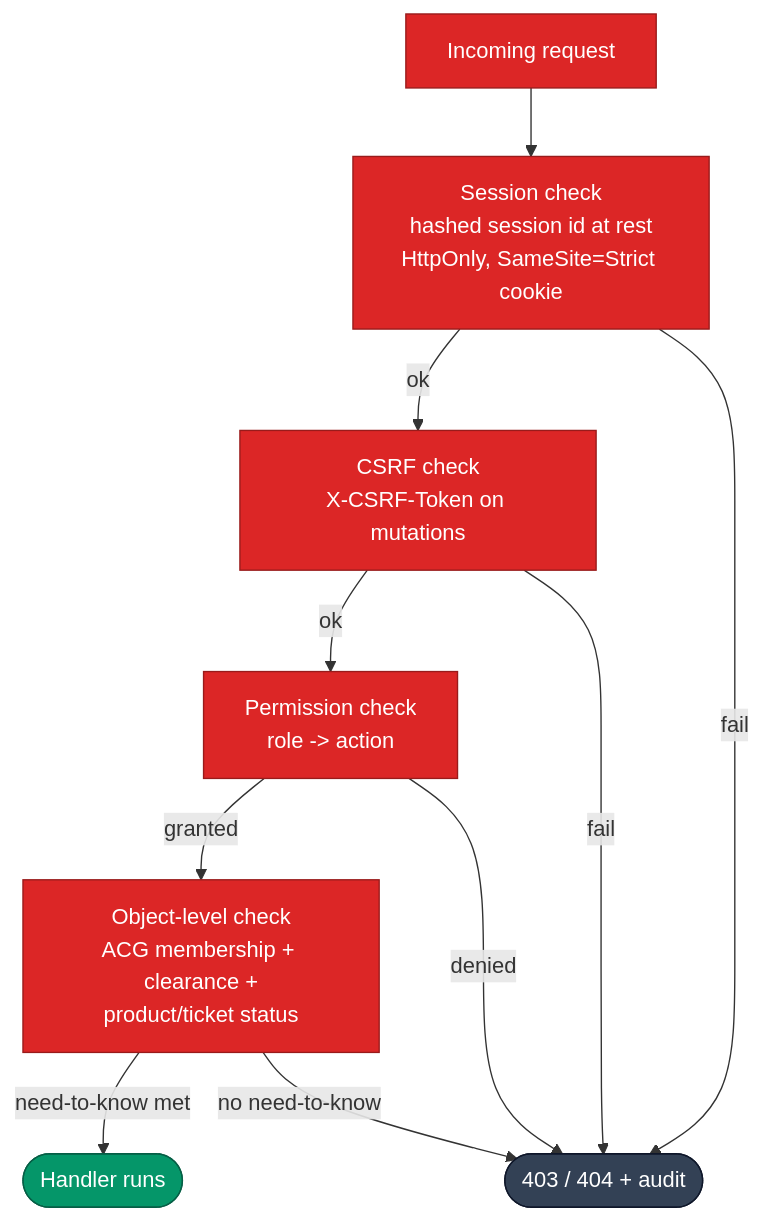
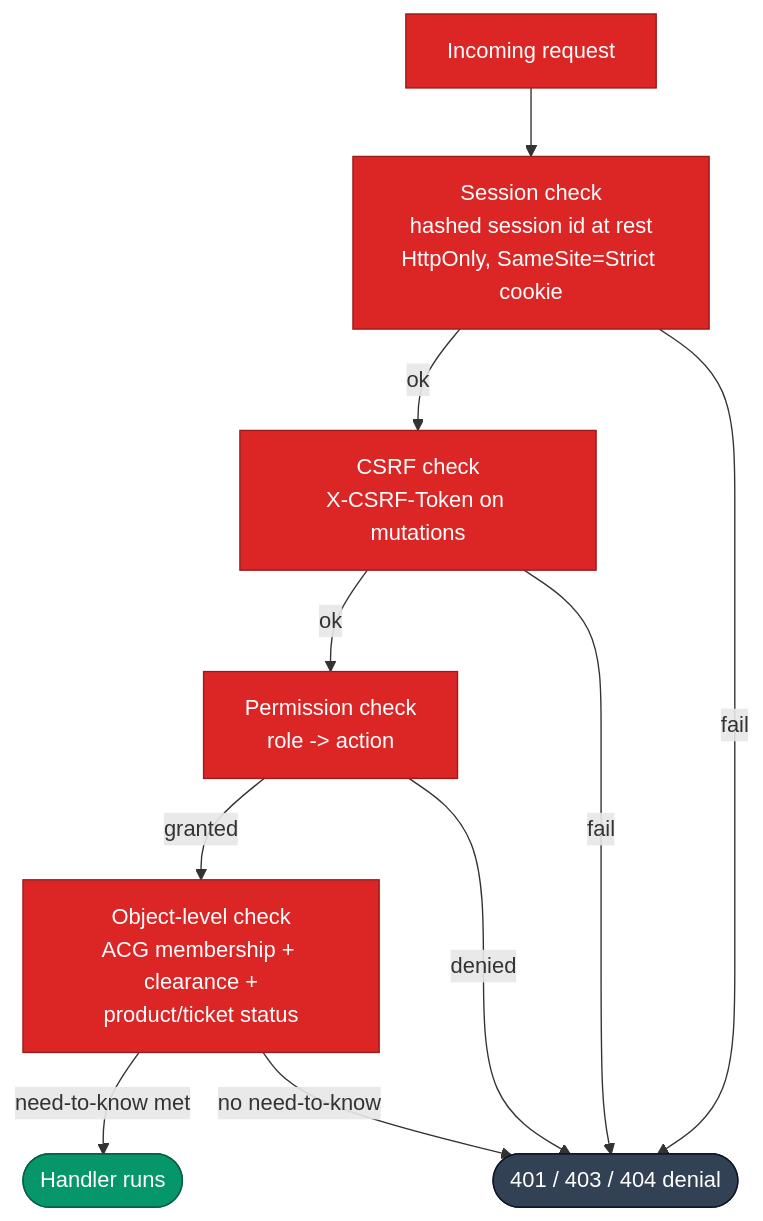
Before and after one commit to ShabalalaWATP/Coeus: the fourth of 4 diagrams in docs/ARCHITECTURE.md, drawn with Mermaid. The commit also changed other lines of this file and 45 other files, not shown here.

````diff
--- a/docs/ARCHITECTURE.md
+++ b/docs/ARCHITECTURE.md
@@ -207,27 +220,27 @@
 ```mermaid
 flowchart TB
     REQ["Incoming request"]
     SESS["Session check<br/>hashed session id at rest<br/>HttpOnly, SameSite=Strict cookie"]
     CSRF["CSRF check<br/>X-CSRF-Token on mutations"]
     PERM["Permission check<br/>role -> action"]
     OBJ["Object-level check<br/>ACG membership + clearance +<br/>product/ticket status"]
     ALLOW(["Handler runs"])
-    DENY(["403 / 404 + audit"])
+    DENY(["401 / 403 / 404 denial"])
 
     REQ --> SESS
     SESS -->|ok| CSRF
     CSRF -->|ok| PERM
     PERM -->|granted| OBJ
     OBJ -->|need-to-know met| ALLOW
     SESS -->|fail| DENY
     CSRF -->|fail| DENY
     PERM -->|denied| DENY
     OBJ -->|no need-to-know| DENY
 
     classDef sec fill:#dc2626,stroke:#991b1b,color:#fff,stroke-width:1px
     classDef ok fill:#059669,stroke:#065f46,color:#fff,stroke-width:1px
     classDef bad fill:#334155,stroke:#0f172a,color:#fff,stroke-width:1px
     class REQ,SESS,CSRF,PERM,OBJ sec
     class ALLOW ok
     class DENY bad
 ```
````
